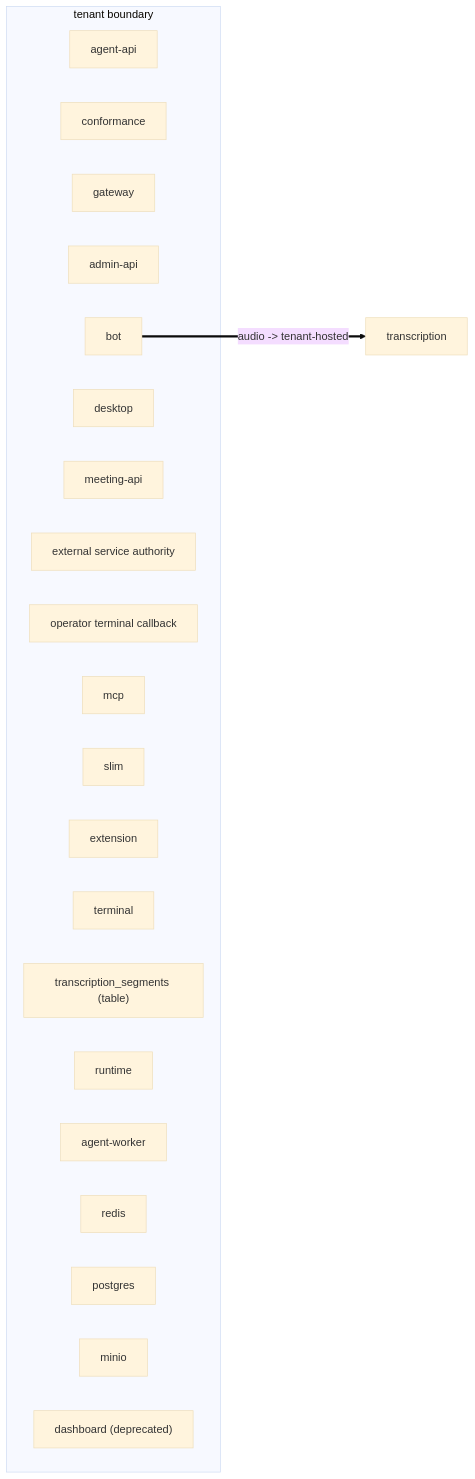
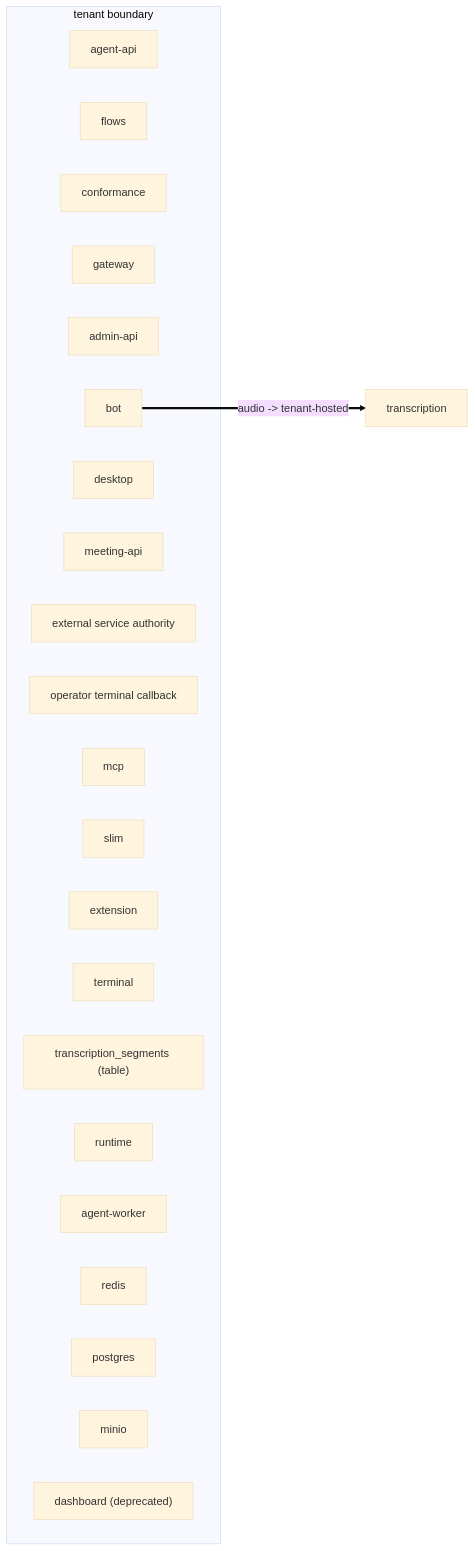
One commit to Vexa-ai/vexa changed the diagram in docs/views/egress.mmd. Above: the diagram before and after it, drawn with Mermaid (base theme). The commit also changed 105 other files, not shown here.

```diff
--- a/docs/views/egress.mmd
+++ b/docs/views/egress.mmd
@@ -1,26 +1,27 @@
 %% GENERATED — pnpm arch:dsl --write
 flowchart LR
   subgraph tenant["tenant boundary"]
     agent_api["agent-api"]
+    flows["flows"]
     conformance["conformance"]
     gateway["gateway"]
     admin_api["admin-api"]
     bot["bot"]
     desktop["desktop"]
     meeting_api["meeting-api"]
     service_authority["external service authority"]
     system_webhook["operator terminal callback"]
     mcp["mcp"]
     slim["slim"]
     extension["extension"]
     terminal["terminal"]
     segments_table["transcription_segments (table)"]
     runtime["runtime"]
     agent_worker["agent-worker"]
     redis["redis"]
     postgres["postgres"]
     minio["minio"]
     dashboard["dashboard (deprecated)"]
   end
   transcription["transcription"]
   bot ==>|"audio -> tenant-hosted"| transcription
```
